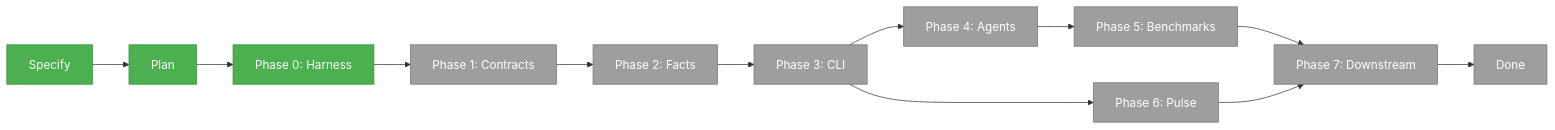
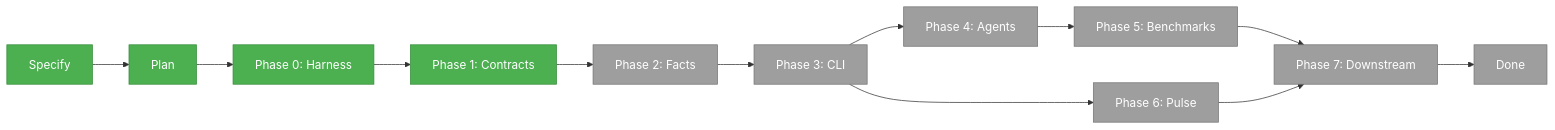
The second of 2 diagrams in docs/plans/020-minih-harness-measurement/minih-harness-measurement.fltplan.md (AI-Substrate/minih), drawn with Mermaid before and after one commit. The commit also changed other lines of this file and 11 other files, not shown here.

````diff
--- a/docs/plans/020-minih-harness-measurement/minih-harness-measurement.fltplan.md
+++ b/docs/plans/020-minih-harness-measurement/minih-harness-measurement.fltplan.md
@@ -103,18 +103,18 @@
 ```mermaid
 flowchart LR
     classDef done fill:#4CAF50,stroke:#388E3C,color:#fff
     classDef active fill:#FFC107,stroke:#FFA000,color:#000
     classDef ready fill:#9E9E9E,stroke:#757575,color:#fff
 
     S[Specify]:::done --> P[Plan]:::done
     P --> P0[Phase 0: Harness]:::done
-    P0 --> P1[Phase 1: Contracts]:::ready
+    P0 --> P1[Phase 1: Contracts]:::done
     P1 --> P2[Phase 2: Facts]:::ready
     P2 --> P3[Phase 3: CLI]:::ready
     P3 --> P4[Phase 4: Agents]:::ready
     P4 --> P5[Phase 5: Benchmarks]:::ready
     P3 --> P6[Phase 6: Pulse]:::ready
     P5 --> P7[Phase 7: Downstream]:::ready
     P6 --> P7
     P7 --> D[Done]:::ready
 ```
````
